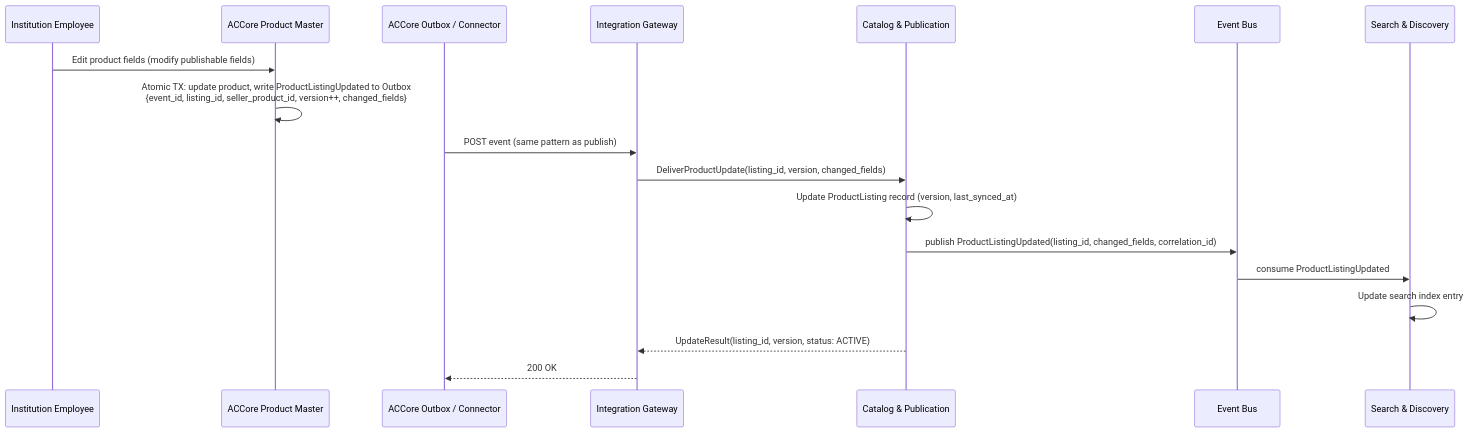
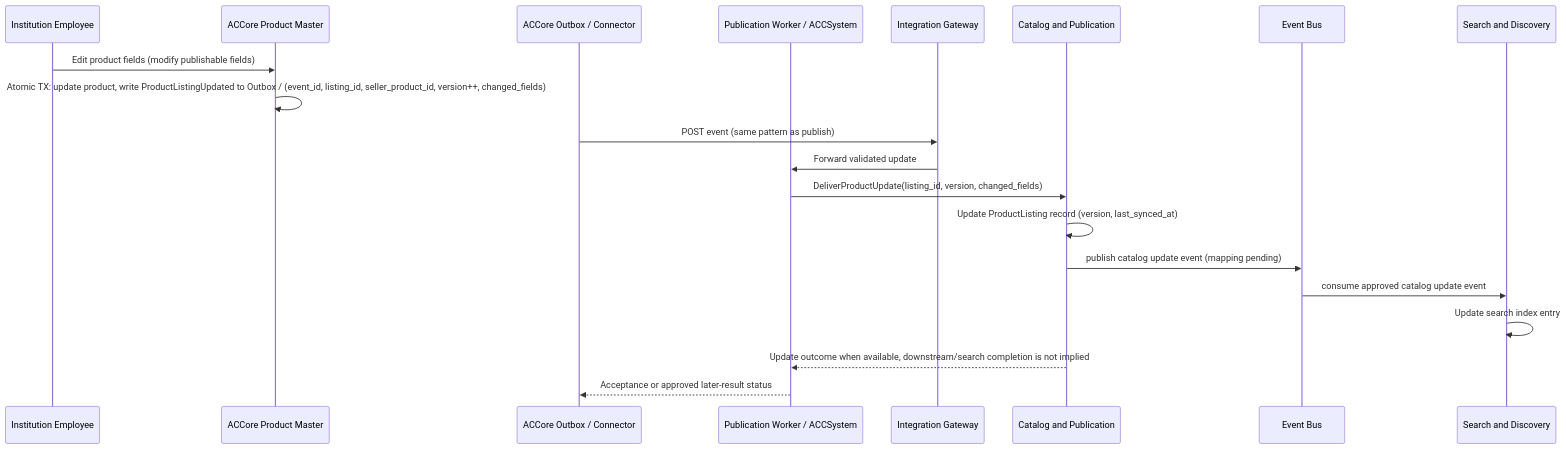
Before and after one commit to Emran025/accsystem: the second of 3 diagrams in acc-architecture/supporting-views/dynamic-publication-flow.md, drawn with Mermaid. The commit also changed other lines of this file and 325 other files, not shown here.

````diff
--- a/acc-architecture/supporting-views/dynamic-publication-flow.md
+++ b/acc-architecture/supporting-views/dynamic-publication-flow.md
@@ -116,21 +105,23 @@
 ```mermaid
 sequenceDiagram
-    participant EMP as Institution Employee
-    participant ACM as ACCore Product Master
-    participant OBX as ACCore Outbox / Connector
-    participant IGW as Integration Gateway
-    participant CAT as Catalog & Publication
-    participant BUS as Event Bus
-    participant SRC as Search & Discovery
+  participant EMP as Institution Employee
+  participant ACM as ACCore Product Master
+  participant OBX as ACCore Outbox / Connector
+  participant PUB as Publication Worker / ACCSystem
+  participant IGW as Integration Gateway
+  participant CAT as Catalog and Publication
+  participant BUS as Event Bus
+  participant SRC as Search and Discovery
 
     EMP->>ACM: Edit product fields (modify publishable fields)
-    ACM->>ACM: Atomic TX: update product, write ProductListingUpdated to Outbox<br/>{event_id, listing_id, seller_product_id, version++, changed_fields}
+    ACM->>ACM: Atomic TX: update product, write ProductListingUpdated to Outbox / (event_id, listing_id, seller_product_id, version++, changed_fields)
     OBX->>IGW: POST event (same pattern as publish)
-    IGW->>CAT: DeliverProductUpdate(listing_id, version, changed_fields)
+    IGW->>PUB: Forward validated update
+    PUB->>CAT: DeliverProductUpdate(listing_id, version, changed_fields)
     CAT->>CAT: Update ProductListing record (version, last_synced_at)
-    CAT->>BUS: publish ProductListingUpdated(listing_id, changed_fields, correlation_id)
-    BUS->>SRC: consume ProductListingUpdated
+    CAT->>BUS: publish catalog update event (mapping pending)
+    BUS->>SRC: consume approved catalog update event
     SRC->>SRC: Update search index entry
-    CAT-->>IGW: UpdateResult(listing_id, version, status: ACTIVE)
-    IGW-->>OBX: 200 OK
+    CAT-->>PUB: Update outcome when available, downstream/search completion is not implied
+    PUB-->>OBX: Acceptance or approved later-result status
 ```
````
